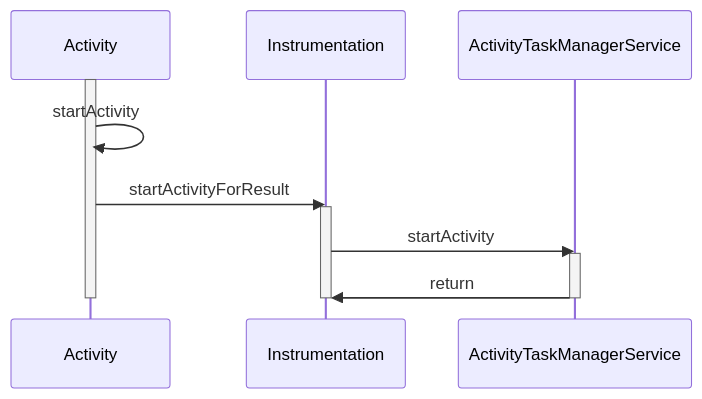
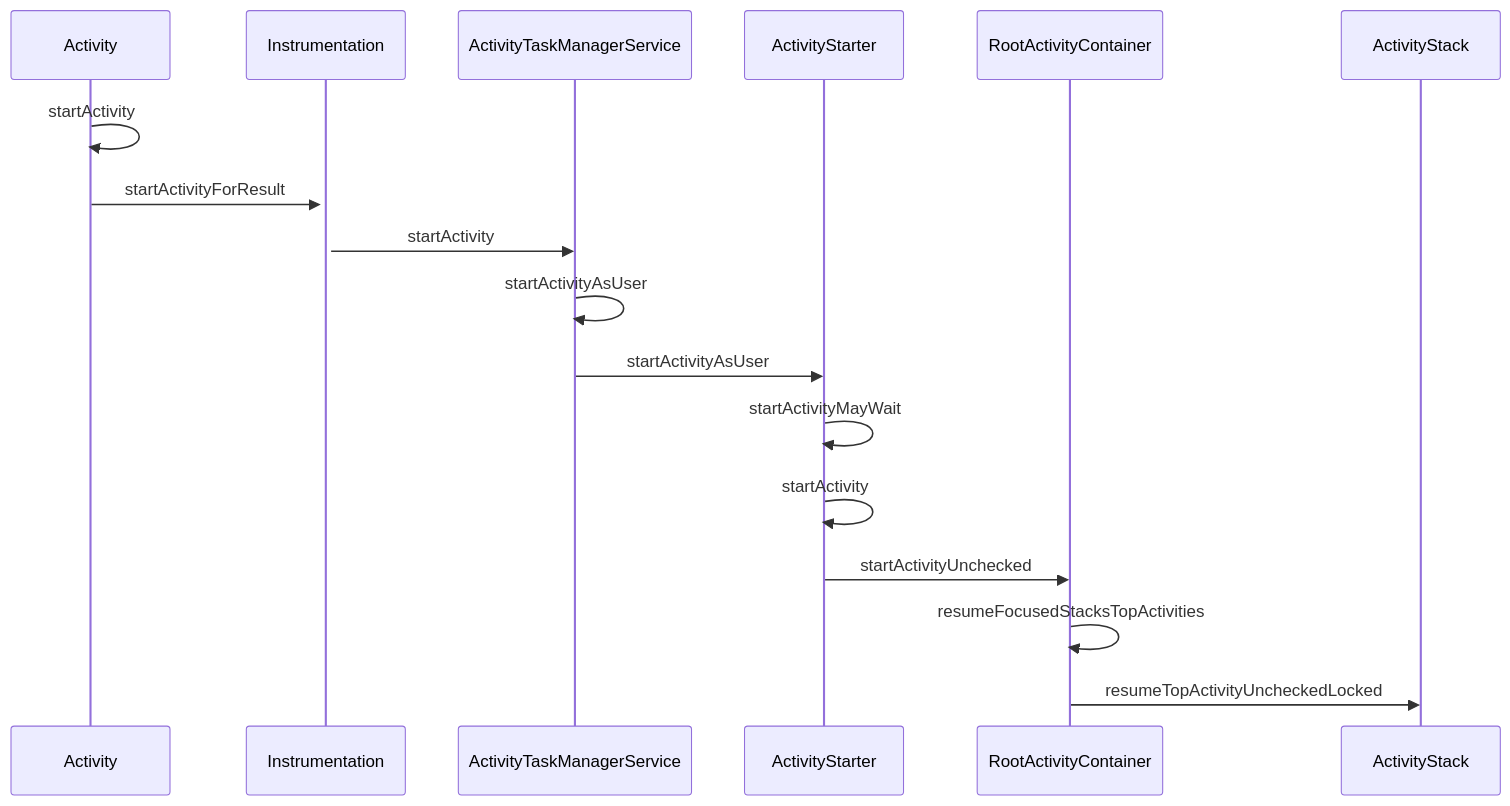
One commit to sweetwong/Android-Interview-QA changed the diagram in 源码/Activity启动流程？.md. Above: the diagram before and after it, drawn with Mermaid.

````diff
--- a/源码/Activity启动流程？.md
+++ b/源码/Activity启动流程？.md
@@ -13,13 +13,14 @@
 ```mermaid
 sequenceDiagram
-activate Activity
 Activity->>Activity:startActivity
-Activity->>Instrumentation:startActivityForResult
-activate Instrumentation
+Activity->>+Instrumentation:startActivityForResult
 Instrumentation->>ActivityTaskManagerService:startActivity
-activate ActivityTaskManagerService
-ActivityTaskManagerService->>Instrumentation:return
-deactivate ActivityTaskManagerService
-deactivate Instrumentation
-deactivate Activity
+ActivityTaskManagerService->>ActivityTaskManagerService:startActivityAsUser
+ActivityTaskManagerService->>ActivityStarter:startActivityAsUser
+ActivityStarter->>ActivityStarter:startActivityMayWait
+ActivityStarter->>ActivityStarter:startActivity
+ActivityStarter->>RootActivityContainer:startActivityUnchecked
+RootActivityContainer->>RootActivityContainer:resumeFocusedStacksTopActivities
+RootActivityContainer->>ActivityStack:resumeTopActivityUncheckedLocked
+
 ```
````
